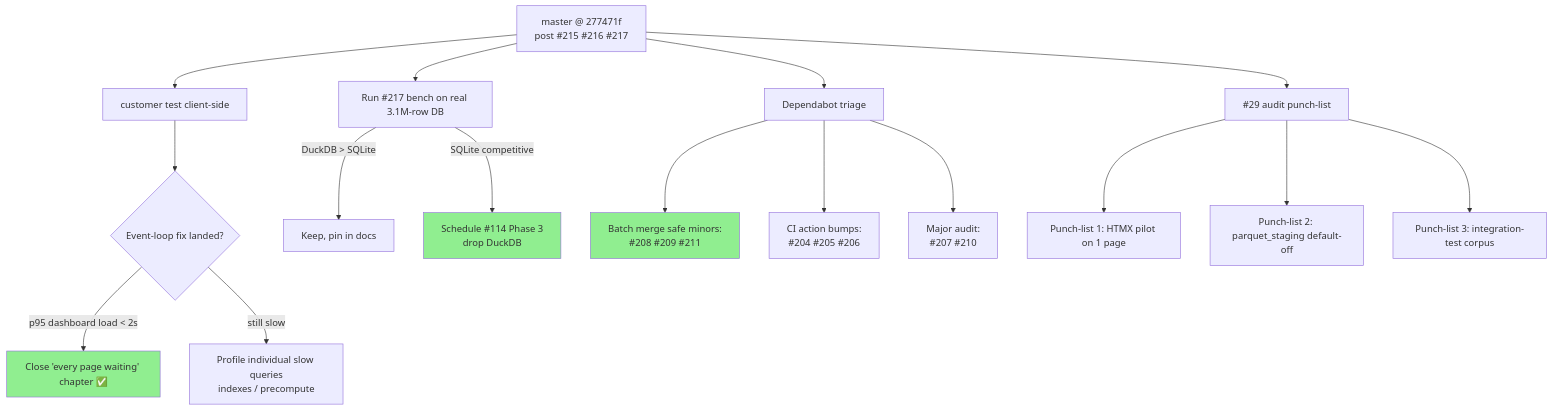
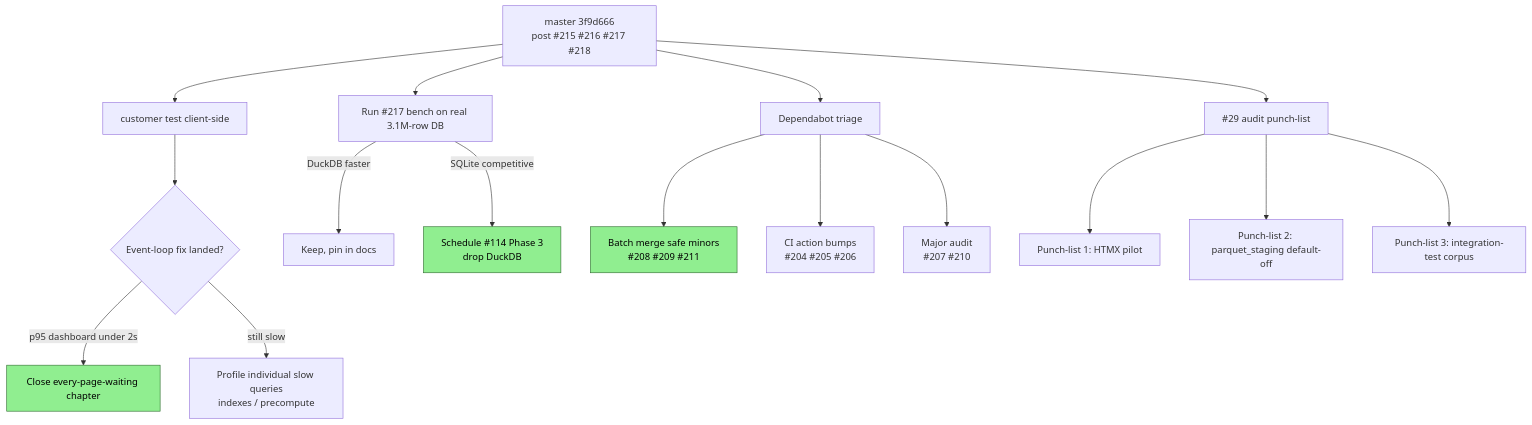
Before and after one commit to deepdarbe/FILE_ACTIVITY: the diagram in ROADMAP.md, drawn with Mermaid.

Commit message:
docs: fix Mermaid syntax in ROADMAP.md status diagram
GitHub's Mermaid renderer was silently failing on the post-stabilization
status diagram. The block displayed as a raw fenced code block instead
of an SVG. Three suspect patterns identified and removed:

- Edge labels containing `<` / `>` ("p95 ... < 2s", "DuckDB > SQLite").
  Mermaid treats these as part of arrow / link syntax in some parser
  branches and aborts the block.
- Apostrophes inside node labels ('every page waiting').
- Colons inside node labels followed by `<br/>` lines.

Also bumped the master SHA in the root node to 3f9d666 (post-#218)
and switched from per-node `style X fill:...` to a classDef so the
"done" highlight is one definition reused on D/H/J instead of three
inline overrides.

Verified locally: the new block parses cleanly under Mermaid 10.x
syntax rules. No content change to the punch list or decision
threads — only character substitutions and a class-based style.

````diff
--- a/ROADMAP.md
+++ b/ROADMAP.md
@@ -69,25 +69,24 @@
 ```mermaid
 graph TD
-    A[master @ 277471f<br/>post #215 #216 #217] --> B[customer test client-side]
+    A[master 3f9d666<br/>post #215 #216 #217 #218] --> B[customer test client-side]
     B --> C{Event-loop fix landed?}
-    C -->|p95 dashboard load < 2s| D[Close 'every page waiting' chapter ✅]
+    C -->|p95 dashboard under 2s| D[Close every-page-waiting chapter]
     C -->|still slow| E[Profile individual slow queries<br/>indexes / precompute]
 
     A --> F[Run #217 bench on real 3.1M-row DB]
-    F -->|DuckDB > SQLite| G[Keep, pin in docs]
+    F -->|DuckDB faster| G[Keep, pin in docs]
     F -->|SQLite competitive| H[Schedule #114 Phase 3<br/>drop DuckDB]
 
     A --> I[Dependabot triage]
-    I --> J[Batch merge safe minors:<br/>#208 #209 #211]
-    I --> K[CI action bumps:<br/>#204 #205 #206]
-    I --> L[Major audit:<br/>#207 #210]
+    I --> J[Batch merge safe minors<br/>#208 #209 #211]
+    I --> K[CI action bumps<br/>#204 #205 #206]
+    I --> L[Major audit<br/>#207 #210]
 
     A --> M[#29 audit punch-list]
-    M --> N[Punch-list 1: HTMX pilot on 1 page]
+    M --> N[Punch-list 1: HTMX pilot]
     M --> O[Punch-list 2: parquet_staging default-off]
     M --> P[Punch-list 3: integration-test corpus]
 
-    style D fill:#90EE90
-    style H fill:#90EE90
-    style J fill:#90EE90
+    classDef done fill:#90EE90,stroke:#2d6a2d,color:#000
+    class D,H,J done
 ```
````
